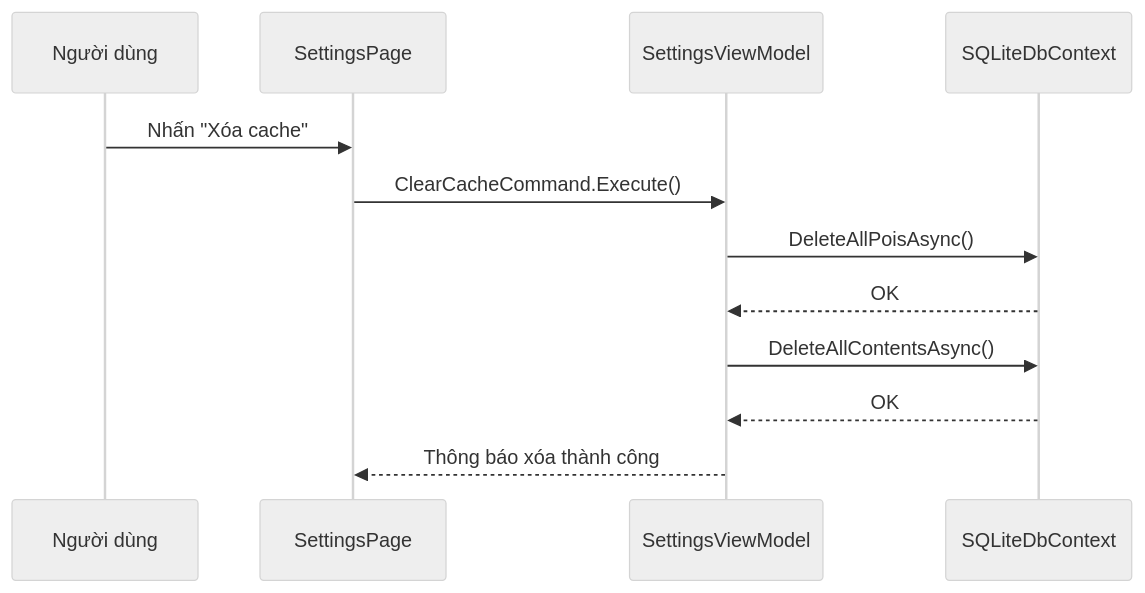
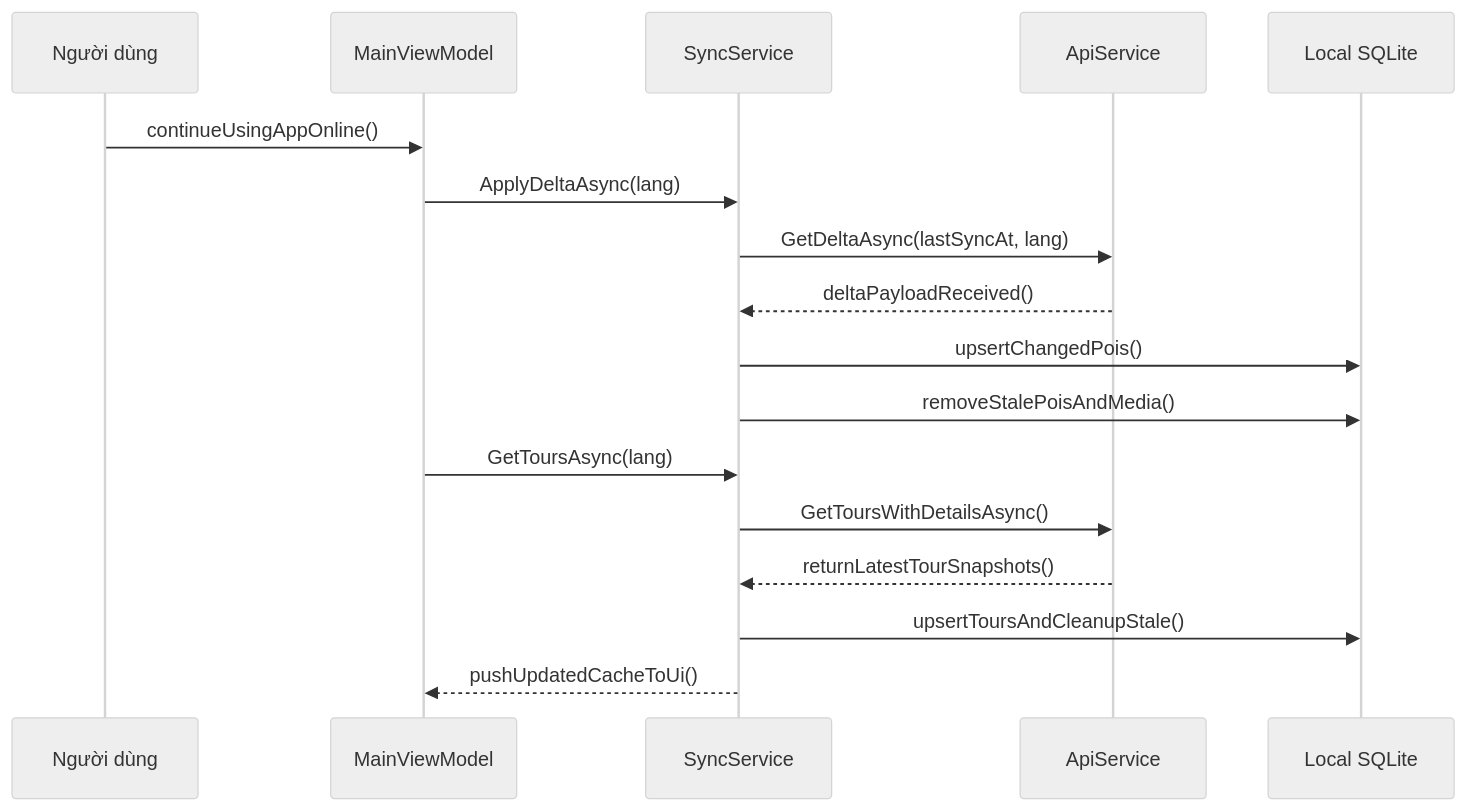
One commit to quynhtien1977/AudioGo changed diagram 19 of 58 in PRD.md. Above: the diagram before and after it, drawn with Mermaid (neutral theme). The commit also changed other lines of this file and 2 other files, not shown here.

````diff
--- a/PRD.md
+++ b/PRD.md
@@ -1152,15 +1188,21 @@
 ```mermaid
 sequenceDiagram
     participant User as Người dùng
-    participant SettingsPage
-    participant SettingsVM as SettingsViewModel
-    participant SQLite as SQLiteDbContext
+    participant MainVM as MainViewModel
+    participant SyncSvc as SyncService
+    participant API as ApiService
+    participant SQLite as Local SQLite
 
-    User ->> SettingsPage: Nhấn "Xóa cache"
-    SettingsPage ->> SettingsVM: ClearCacheCommand.Execute()
-    SettingsVM ->> SQLite: DeleteAllPoisAsync()
-    SQLite -->> SettingsVM: OK
-    SettingsVM ->> SQLite: DeleteAllContentsAsync()
-    SQLite -->> SettingsVM: OK
-    SettingsVM -->> SettingsPage: Thông báo xóa thành công
+    User ->> MainVM: continueUsingAppOnline()
+    MainVM ->> SyncSvc: ApplyDeltaAsync(lang)
+    SyncSvc ->> API: GetDeltaAsync(lastSyncAt, lang)
+    API -->> SyncSvc: deltaPayloadReceived()
+    SyncSvc ->> SQLite: upsertChangedPois()
+    SyncSvc ->> SQLite: removeStalePoisAndMedia()
+
+    MainVM ->> SyncSvc: GetToursAsync(lang)
+    SyncSvc ->> API: GetToursWithDetailsAsync()
+    API -->> SyncSvc: returnLatestTourSnapshots()
+    SyncSvc ->> SQLite: upsertToursAndCleanupStale()
+    SyncSvc -->> MainVM: pushUpdatedCacheToUi()
 ```
````
